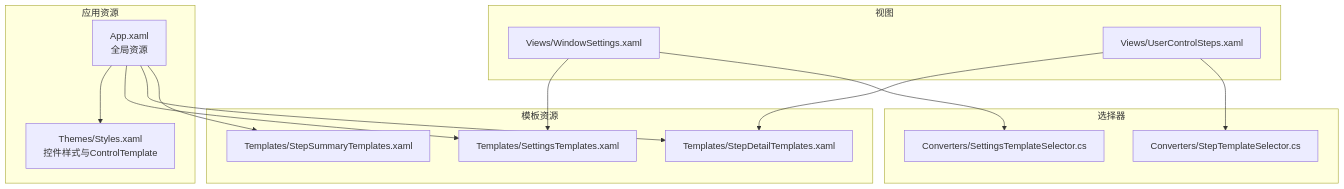
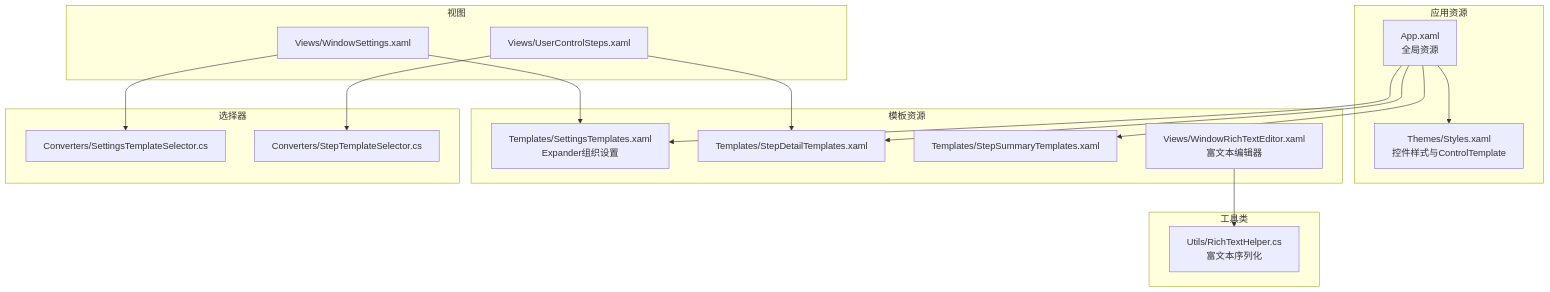
Before and after one commit to yooxii/ShaoLuAuto: the first of 5 diagrams in .qoder/repowiki/zh/content/用户界面系统/XAML 模板系统.md, drawn with Mermaid. The commit also changed other lines of this file and 33 other files, not shown here.

````diff
--- a/.qoder/repowiki/zh/content/用户界面系统/XAML 模板系统.md
+++ b/.qoder/repowiki/zh/content/用户界面系统/XAML 模板系统.md
@@ -52,28 +56,33 @@
 ```mermaid
 graph TB
 subgraph "应用资源"
 AppRes["App.xaml<br/>全局资源"]
 Styles["Themes/Styles.xaml<br/>控件样式与ControlTemplate"]
 end
 subgraph "模板资源"
-ST["Templates/SettingsTemplates.xaml"]
+ST["Templates/SettingsTemplates.xaml<br/>Expander组织设置"]
 SDT["Templates/StepDetailTemplates.xaml"]
 SST["Templates/StepSummaryTemplates.xaml"]
+RTE["Views/WindowRichTextEditor.xaml<br/>富文本编辑器"]
 end
 subgraph "选择器"
 STSel["Converters/SettingsTemplateSelector.cs"]
 StepSel["Converters/StepTemplateSelector.cs"]
+end
+subgraph "工具类"
+RTHelper["Utils/RichTextHelper.cs<br/>富文本序列化"]
 end
 subgraph "视图"
 WinSet["Views/WindowSettings.xaml"]
 UCSteps["Views/UserControlSteps.xaml"]
 end
 AppRes --> Styles
 AppRes --> ST
 AppRes --> SDT
 AppRes --> SST
 WinSet --> ST
 WinSet --> STSel
 UCSteps --> SDT
 UCSteps --> StepSel
+RTE --> RTHelper
 ```
````
